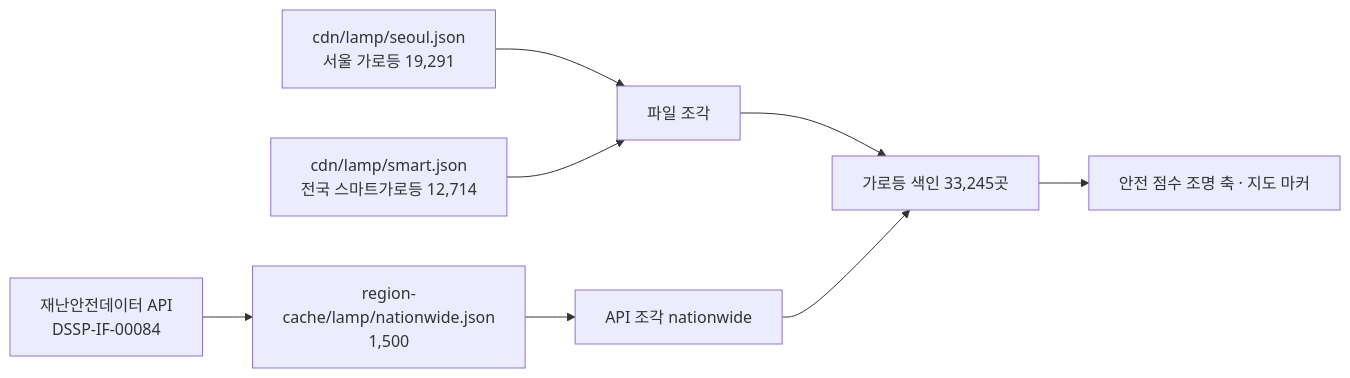
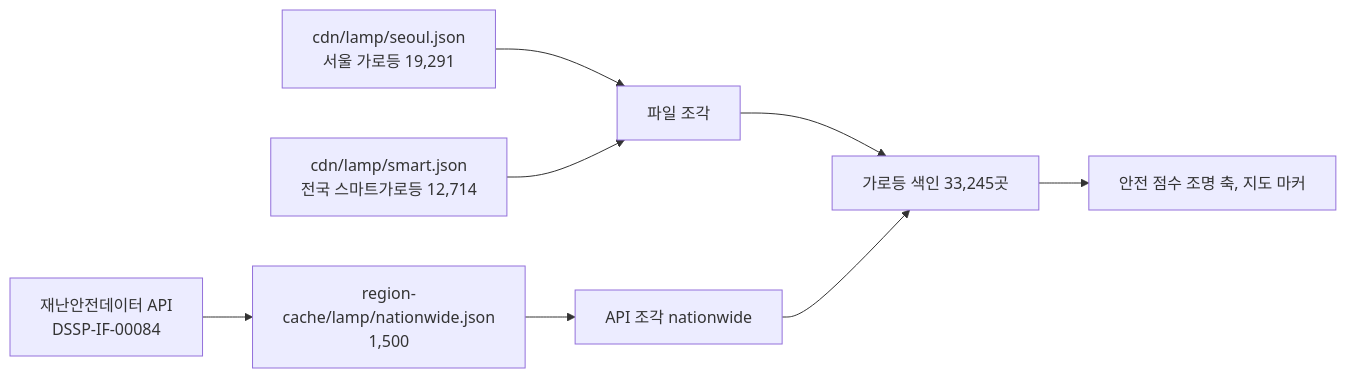
The diagram in docs/safety-spots/street-lamp.md (soo-ai-agent/bueongi-backend), drawn with Mermaid before and after one commit. The commit also changed other lines of this file and 8 other files, not shown here.

````diff
--- a/docs/safety-spots/street-lamp.md
+++ b/docs/safety-spots/street-lamp.md
@@ -13,10 +14,10 @@
 ```mermaid
 flowchart LR
     SEOUL["cdn/lamp/seoul.json<br/>서울 가로등 19,291"] --> FILE["파일 조각"]
     SMART["cdn/lamp/smart.json<br/>전국 스마트가로등 12,714"] --> FILE
     API["재난안전데이터 API<br/>DSSP-IF-00084"] --> RC["region-cache/lamp/nationwide.json<br/>1,500"]
     RC --> REGION["API 조각 nationwide"]
     FILE --> IDX["가로등 색인 33,245곳"]
     REGION --> IDX
-    IDX --> USE["안전 점수 조명 축 · 지도 마커"]
+    IDX --> USE["안전 점수 조명 축, 지도 마커"]
 ```
````
